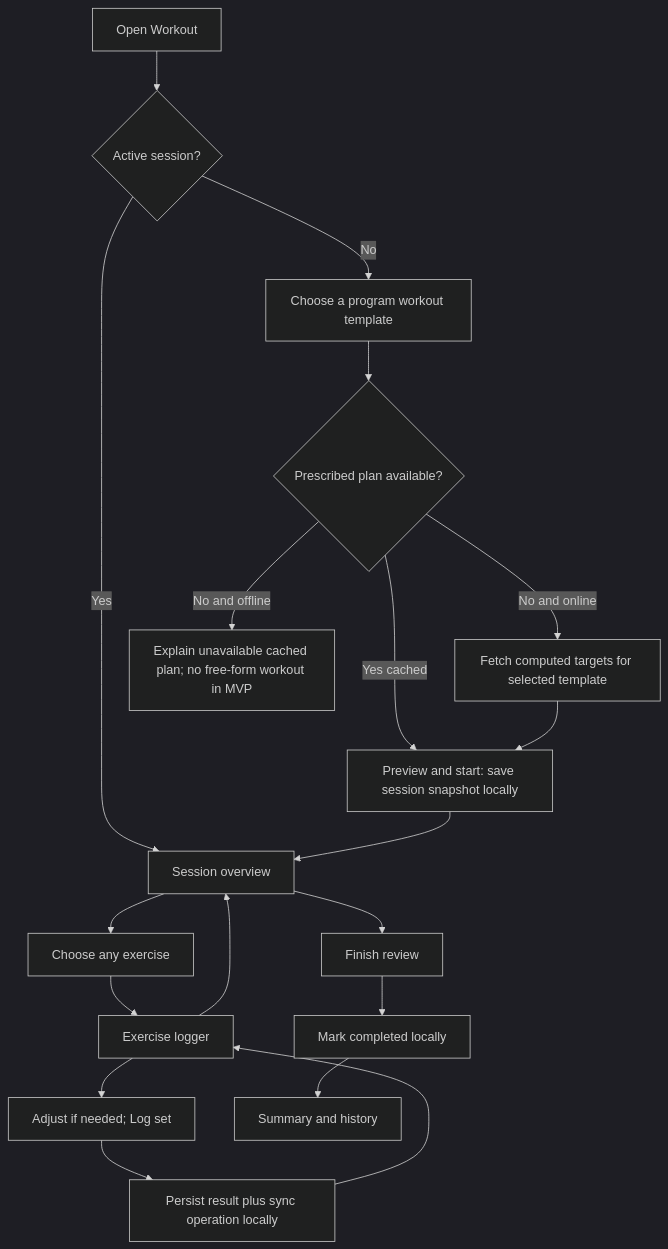
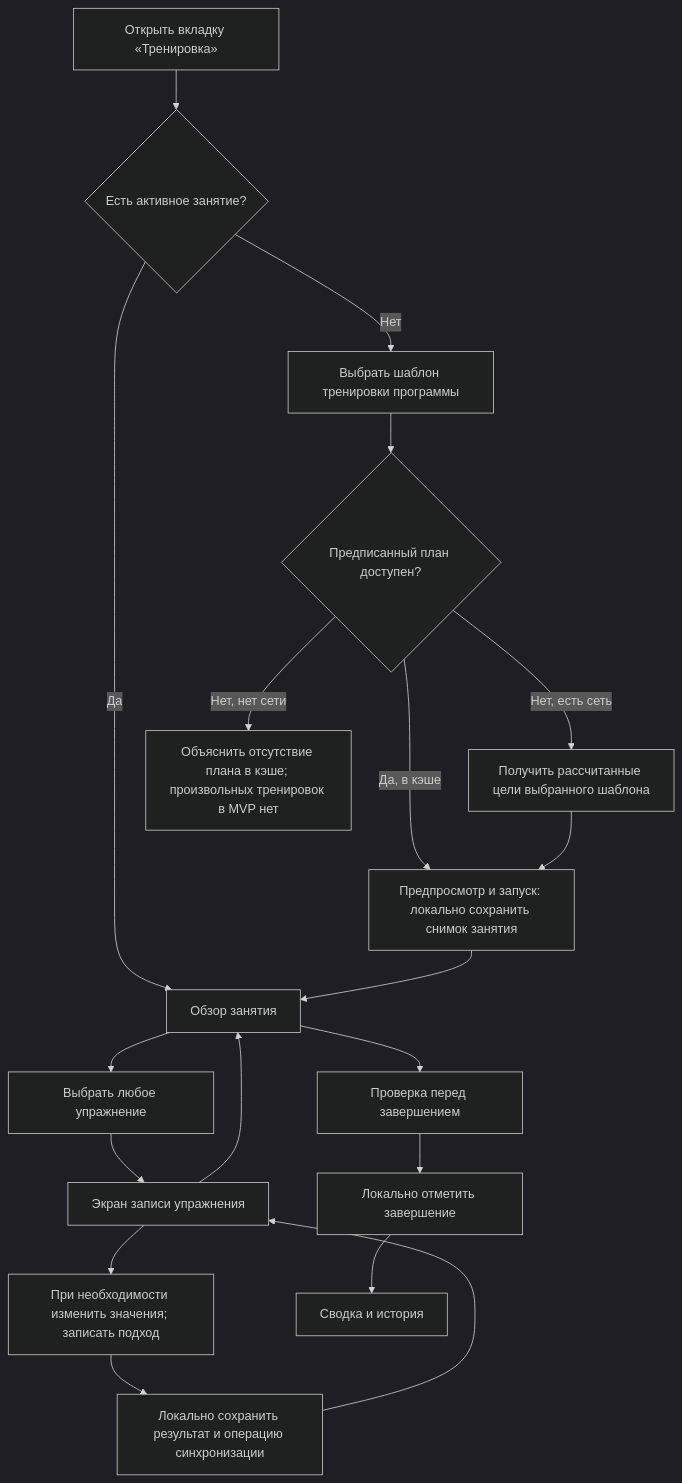
Before and after one commit to boris-shurygin/gym: the diagram in docs/mobile-app.md, drawn with Mermaid (dark theme). The commit also changed other lines of this file and 35 other files, not shown here.

````diff
--- a/docs/mobile-app.md
+++ b/docs/mobile-app.md
@@ -127,21 +127,21 @@
 ```mermaid
 flowchart TD
-    A[Open Workout] --> B{Active session?}
-    B -->|Yes| C[Session overview]
-    B -->|No| D[Choose a program workout template]
-    D --> E{Prescribed plan available?}
-    E -->|Yes cached| F[Preview and start: save session snapshot locally]
-    E -->|No and online| G[Fetch computed targets for selected template]
+    A[Открыть вкладку «Тренировка»] --> B{Есть активное занятие?}
+    B -->|Да| C[Обзор занятия]
+    B -->|Нет| D[Выбрать шаблон тренировки программы]
+    D --> E{Предписанный план доступен?}
+    E -->|Да, в кэше| F[Предпросмотр и запуск: локально сохранить снимок занятия]
+    E -->|Нет, есть сеть| G[Получить рассчитанные цели выбранного шаблона]
     G --> F
-    E -->|No and offline| H[Explain unavailable cached plan; no free-form workout in MVP]
+    E -->|Нет, нет сети| H[Объяснить отсутствие плана в кэше; произвольных тренировок в MVP нет]
     F --> C
-    C --> I[Choose any exercise]
-    I --> J[Exercise logger]
-    J --> K[Adjust if needed; Log set]
-    K --> L[Persist result plus sync operation locally]
+    C --> I[Выбрать любое упражнение]
+    I --> J[Экран записи упражнения]
+    J --> K[При необходимости изменить значения; записать подход]
+    K --> L[Локально сохранить результат и операцию синхронизации]
     L --> J
     J --> C
-    C --> M[Finish review]
-    M --> N[Mark completed locally]
-    N --> O[Summary and history]
+    C --> M[Проверка перед завершением]
+    M --> N[Локально отметить завершение]
+    N --> O[Сводка и история]
 ```
````
